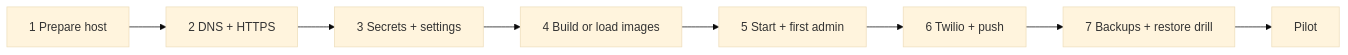
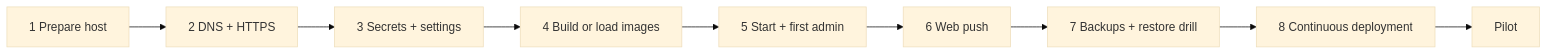
Before and after one commit to OSSC-DBIT/pcms: the first of 2 diagrams in docs/DEPLOYMENT.md, drawn with Mermaid (base theme). The commit also changed other lines of this file and 100 other files, not shown here.

````diff
--- a/docs/DEPLOYMENT.md
+++ b/docs/DEPLOYMENT.md
@@ -10,10 +10,11 @@
 ```mermaid
 flowchart LR
     A[1 Prepare host] --> B[2 DNS + HTTPS]
     B --> C[3 Secrets + settings]
     C --> D[4 Build or load images]
     D --> E[5 Start + first admin]
-    E --> F[6 Twilio + push]
+    E --> F[6 Web push]
     F --> G[7 Backups + restore drill]
-    G --> H[Pilot]
+    G --> H[8 Continuous deployment]
+    H --> I[Pilot]
 ```
````
